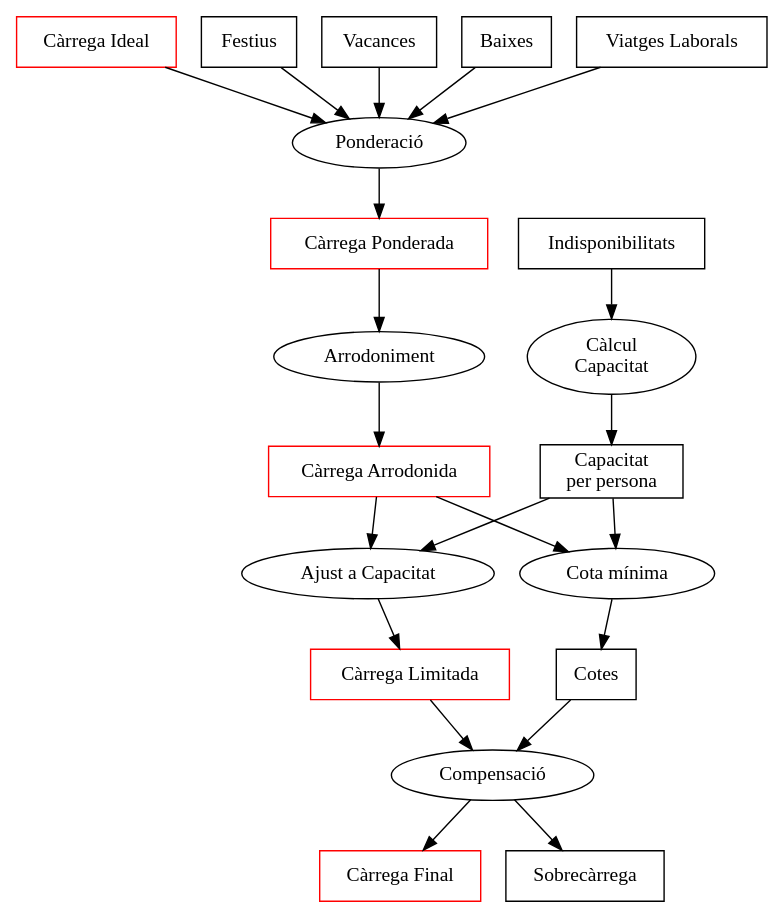
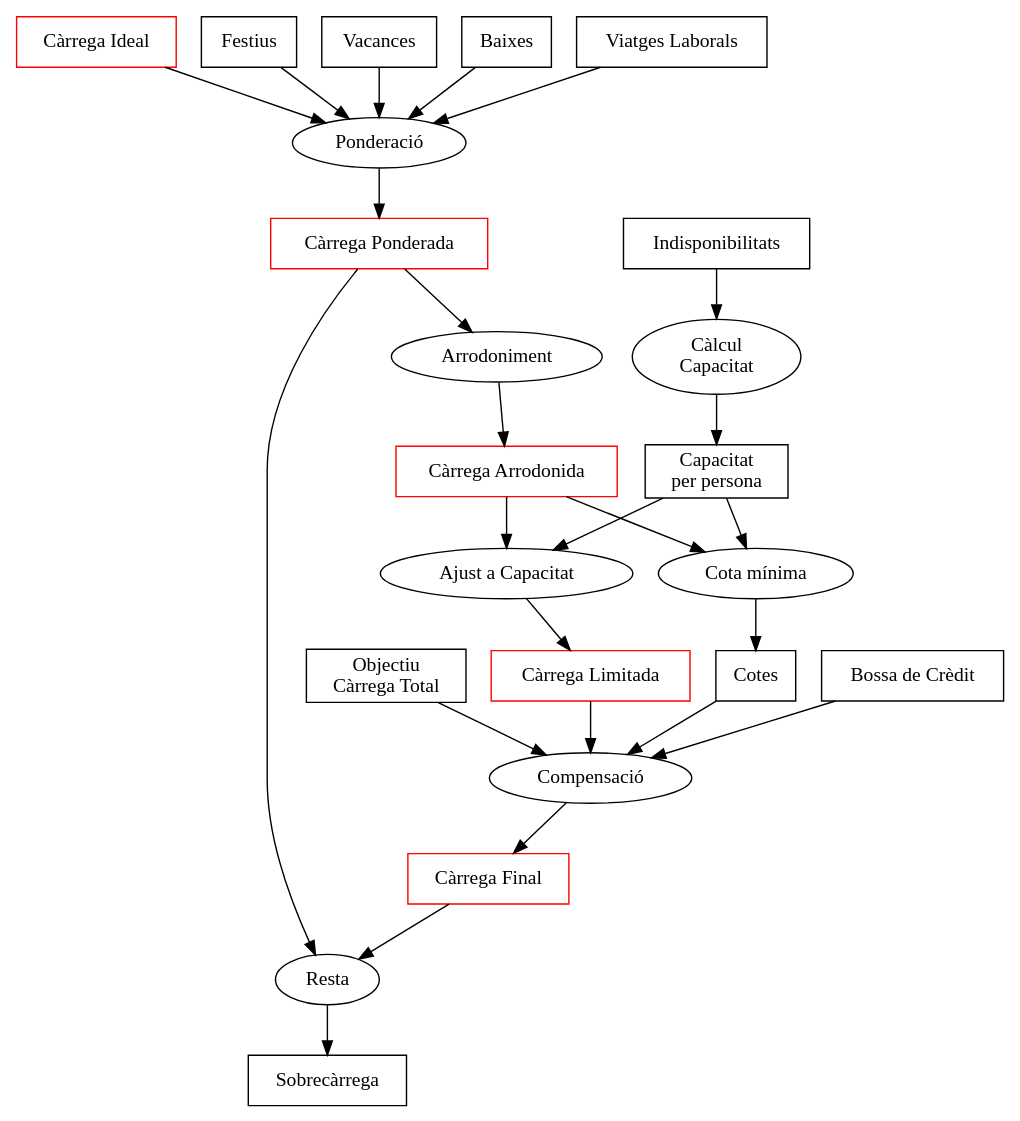
One commit to Som-Energia/somenergia-tomatic changed the diagram in doc/shiftloadprocess.dot. Above: the diagram before and after it, drawn with Graphviz.

Commit message:
shiftloadprocess: add products to 'compensació'

```diff
--- a/doc/shiftloadprocess.dot
+++ b/doc/shiftloadprocess.dot
@@ -1,34 +1,38 @@
 digraph G {
 	rankdir=TB
-    "Càrrega Ideal" [shape=rectangle, color=red]
+	"Càrrega Ideal" [shape=rectangle, color=red]
 	"Càrrega Ponderada" [shape=rectangle, color=red]
 	"Càrrega Arrodonida" [shape=rectangle, color=red]
 	"Càrrega Limitada" [shape=rectangle, color=red]
 	"Càrrega Final" [shape=rectangle, color=red]
 
 	"Festius" [shape=rectangle]
 	"Vacances" [shape=rectangle]
 	"Baixes" [shape=rectangle]
 	"Viatges Laborals" [shape=rectangle]
 	Capacitat [label = "Capacitat\nper persona", shape=rectangle]
-    "Indisponibilitats" [shape=rectangle]
-    "Cotes" [shape=rectangle]
-    "Sobrecàrrega" [shape=rectangle]
-
+	"Indisponibilitats" [shape=rectangle]
+	"Cotes" [shape=rectangle]
+	"Sobrecàrrega" [shape=rectangle]
+	"Bossa de Crèdit" [shape=rectangle]
+	"FullLoad"[label = "Objectiu\nCàrrega Total", shape=rectangle]
 
 	"Càrrega Ideal" -> Ponderació -> "Càrrega Ponderada" -> Arrodoniment -> "Càrrega Arrodonida" -> "Ajust a Capacitat" -> "Càrrega Limitada" -> Compensació -> "Càrrega Final"
 
-    "Vacances" -> "Ponderació"
-    "Festius" -> "Ponderació"
-    "Baixes" -> "Ponderació"
-    "Viatges Laborals" -> "Ponderació"
+	"Vacances" -> "Ponderació"
+	"Festius" -> "Ponderació"
+	"Baixes" -> "Ponderació"
+	"Viatges Laborals" -> "Ponderació"
 
-    Indisponibilitats -> "Càlcul\nCapacitat" -> Capacitat
-    Capacitat -> "Ajust a Capacitat"
+	Indisponibilitats -> "Càlcul\nCapacitat" -> Capacitat
+	Capacitat -> "Ajust a Capacitat"
 
-    Capacitat -> "Cota mínima" -> Cotes
-    "Càrrega Arrodonida" -> "Cota mínima"
-    Cotes -> Compensació
-    Compensació -> "Sobrecàrrega"
+	Capacitat -> "Cota mínima" -> Cotes
+	"Càrrega Arrodonida" -> "Cota mínima"
+	Cotes -> Compensació
+	"Bossa de Crèdit" -> "Compensació"
+	"FullLoad" -> "Compensació"
+	"Càrrega Ponderada" -> "Resta" -> "Sobrecàrrega"
+	"Càrrega Final" -> "Resta"
 
 }
```
